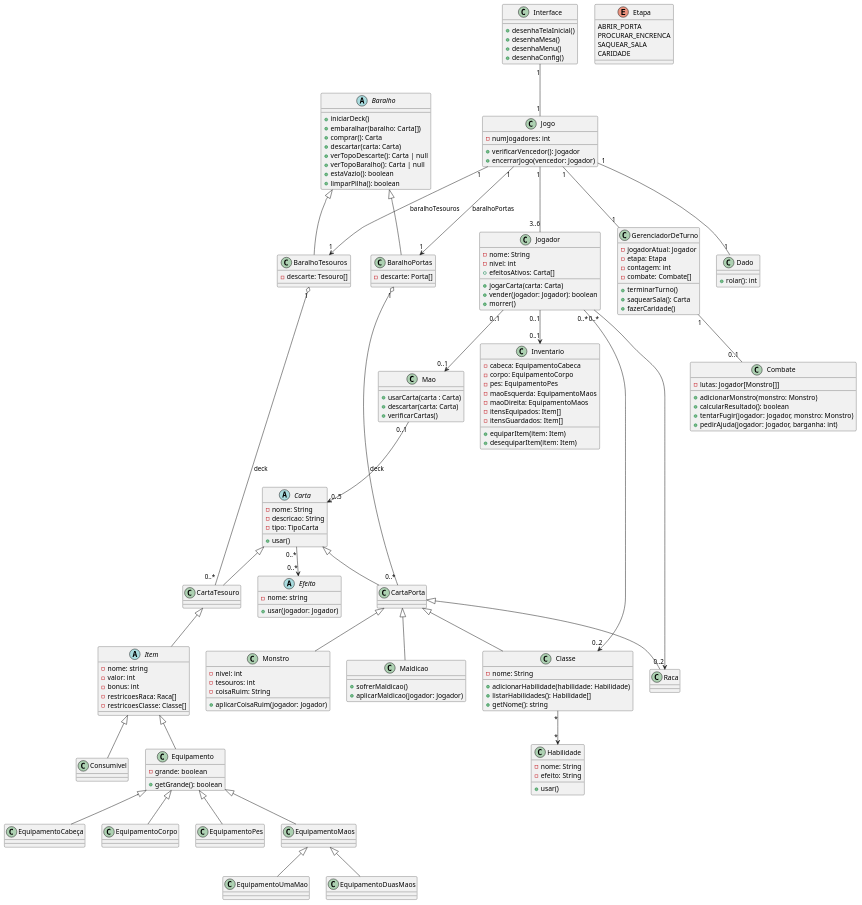
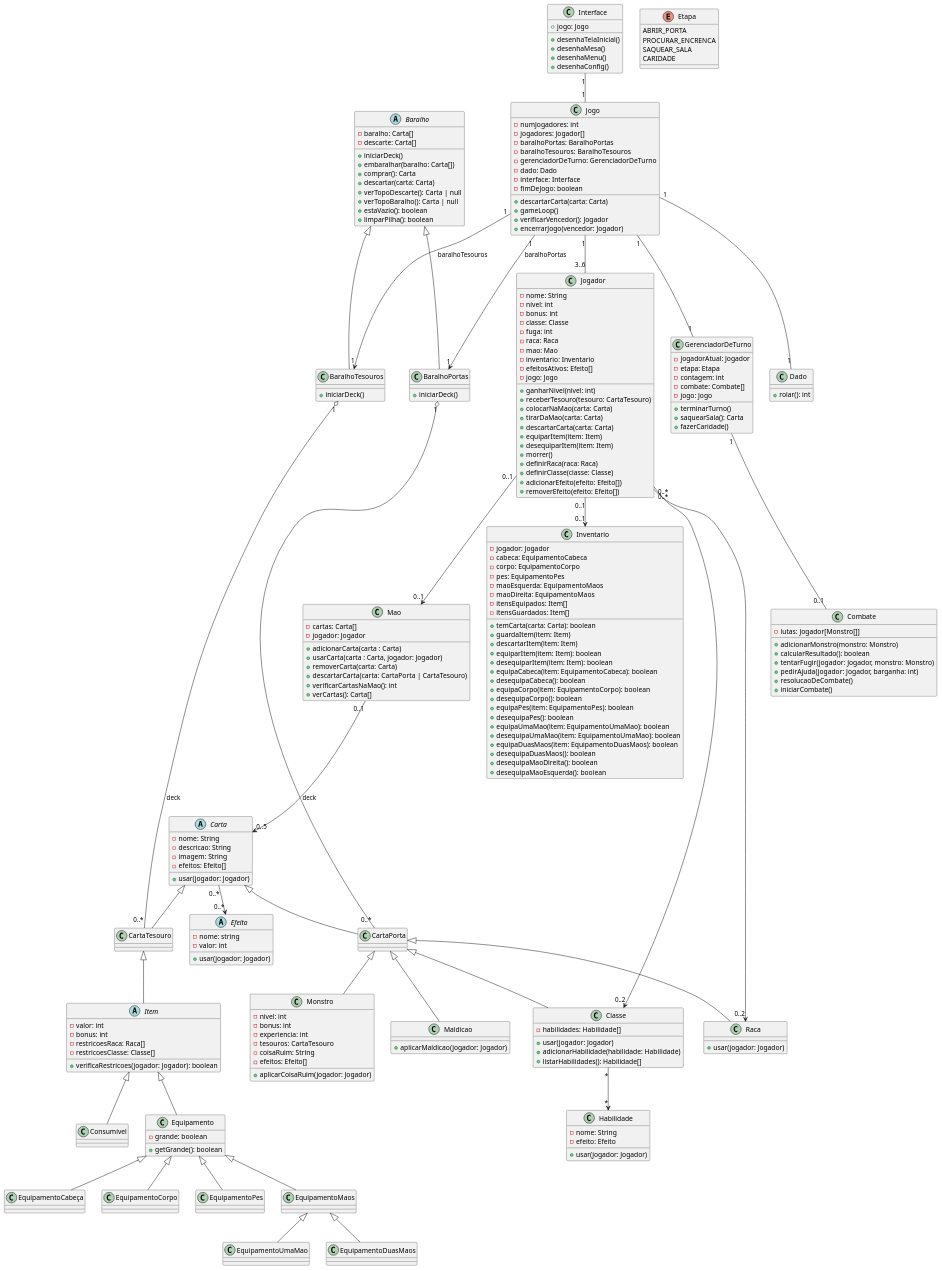
The diagram in src/diagrams/diagrama-de-classes.puml (sricardov/munchkin-ps), drawn with PlantUML before and after one commit. The commit also changed 2 other files, not shown here.

Commit message:
atualizando uma parte do diagrama

```diff
--- a/src/diagrams/diagrama-de-classes.puml
+++ b/src/diagrams/diagrama-de-classes.puml
@@ -1,5 +1,6 @@
 @startuml
 class Interface {
+  + jogo: Jogo
   + desenhaTelaInicial()
   + desenhaMesa()
   + desenhaMenu()
@@ -8,6 +9,15 @@
 
 class Jogo {
   - numJogadores: int
+  - jogadores: Jogador[]
+  - baralhoPortas: BaralhoPortas
+  - baralhoTesouros: BaralhoTesouros
+  - gerenciadorDeTurno: GerenciadorDeTurno
+  - dado: Dado
+  - interface: Interface
+  - fimDeJogo: boolean
+  + descartarCarta(carta: Carta)
+  + gameLoop()
   + verificarVencedor(): Jogador
   + encerrarJogo(vencedor: Jogador)
 }
@@ -19,10 +29,26 @@
 class Jogador {
   - nome: String
   - nivel: int
-  + efeitosAtivos: Carta[]
-  + jogarCarta(carta: Carta)
-  + vender(jogador: Jogador): boolean
+  - bonus: int
+  - classe: Classe
+  - fuga: int
+  - raca: Raca
+  - mao: Mao
+  - inventario: Inventario
+  - efeitosAtivos: Efeito[]
+  - jogo: Jogo
+  + ganharNivel(nivel: int)
+  + receberTesouro(tesouro: CartaTesouro)
+  + colocarNaMao(carta: Carta)
+  + tirarDaMao(carta: Carta)
+  + descartarCarta(carta: Carta)
+  + equiparItem(item: Item)
+  + desequiparItem(item: Item)
   + morrer()
+  + definirRaca(raca: Raca)
+  + definirClasse(classe: Classe)
+  + adicionarEfeito(efeito: Efeito[])
+  + removerEfeito(efeito: Efeito[])
 }
 
 class GerenciadorDeTurno {
@@ -30,18 +56,25 @@
   - etapa: Etapa
   - contagem: int
   - combate: Combate[]
+  - jogo: Jogo
   + terminarTurno()
   + saquearSala(): Carta
   + fazerCaridade()
 }
 
 class Mao {
-  + usarCarta(carta : Carta)
-  + descartar(carta: Carta)
-  + verificarCartas()
+  - cartas: Carta[]
+  - jogador: Jogador
+  + adicionarCarta(carta : Carta)
+  + usarCarta(carta : Carta, jogador: Jogador)
+  + removerCarta(carta: Carta)
+  + descartarCarta(carta: CartaPorta | CartaTesouro)
+  + verificarCartasNaMao(): int
+  + verCartas(): Carta[]
 }
 
 class Inventario {
+  - jogador: Jogador
   - cabeca: EquipamentoCabeca
   - corpo: EquipamentoCorpo
   - pes: EquipamentoPes
@@ -49,8 +82,23 @@
   - maoDireita: EquipamentoMaos
   - itensEquipados: Item[]
   - itensGuardados: Item[]
-  + equiparItem(item: Item)
-  + desequiparItem(item: Item)
+  + temCarta(carta: Carta): boolean
+  + guardaItem(item: Item)
+  + descartarItem(item: Item)
+  + equiparItem(item: Item): boolean
+  + desequiparItem(item: Item): boolean
+  + equipaCabeca(item: EquipamentoCabeca): boolean
+  + desequipaCabeca(): boolean
+  + equipaCorpo(item: EquipamentoCorpo): boolean
+  + desequipaCorpo(): boolean
+  + equipaPes(item: EquipamentoPes): boolean
+  + desequipaPes(): boolean
+  + equipaUmaMao(item: EquipamentoUmaMao): boolean
+  + desequipaUmaMao(item: EquipamentoUmaMao): boolean
+  + equipaDuasMaos(item: EquipamentoDuasMaos): boolean
+  + desequipaDuasMaos(): boolean
+  + desequipaMaoDireita(): boolean
+  + desequipaMaoEsquerda(): boolean
 }
 
 class Combate {
@@ -59,10 +107,13 @@
   + calcularResultado(): boolean
   + tentarFugir(jogador: Jogador, monstro: Monstro)
   + pedirAjuda(jogador: Jogador, barganha: int)
+  + resolucaoDeCombate()
+  + iniciarCombate()
 }
 
 abstract class Efeito {
   - nome: string
+  - valor: int
   + usar(jogador: Jogador)
 }
 
@@ -76,28 +127,31 @@
 abstract class Carta {
   - nome: String
   - descricao: String
-  - tipo: TipoCarta
-  + usar()
+  - imagem: String
+  - efeitos: Efeito[]
+  + usar(jogador: Jogador)
 }
 
 class Monstro extends CartaPorta {
   - nivel: int
-  - tesouros: int
+  - bonus: int
+  - experiencia: int
+  - tesouros: CartaTesouro
   - coisaRuim: String
+  - efeitos: Efeito[]
   + aplicarCoisaRuim(jogador: Jogador)
 }
 
 class Maldicao extends CartaPorta {
-  + sofrerMaldicao()
   + aplicarMaldicao(jogador: Jogador)
 }
 
 abstract class Item extends CartaTesouro {
-  - nome: string
   - valor: int
   - bonus: int
   - restricoesRaca: Raca[]
   - restricoesClasse: Classe[]
+  + verificaRestricoes(jogador: Jogador): boolean
 }
 
 class Equipamento extends Item {
@@ -134,6 +188,8 @@
 }
 
 abstract class Baralho {
+  - baralho: Carta[]
+  - descarte: Carta[]
   + iniciarDeck()
   + embaralhar(baralho: Carta[])
   + comprar(): Carta
@@ -145,11 +201,11 @@
 }
 
 class BaralhoPortas extends Baralho {
-  - descarte: Porta[]
+  + iniciarDeck()
 }
 
 class BaralhoTesouros extends Baralho {
-  - descarte: Tesouro[]
+  + iniciarDeck()
 }
 
 class CartaPorta extends Carta {
@@ -161,20 +217,20 @@
 }
 
 class Raca extends CartaPorta {
-
+  + usar(jogador: Jogador)
 }
 
 class Classe extends CartaPorta {
-  - nome: String
+  - habilidades: Habilidade[]
+  + usar(jogador: Jogador)
   + adicionarHabilidade(habilidade: Habilidade)
   + listarHabilidades(): Habilidade[]
-  + getNome(): string
 }
 
 class Habilidade {
   - nome: String
-  - efeito: String
-  + usar()
+  - efeito: Efeito
+  + usar(jogador: Jogador)
 }
 
 Interface "1" -- "1" Jogo
```
